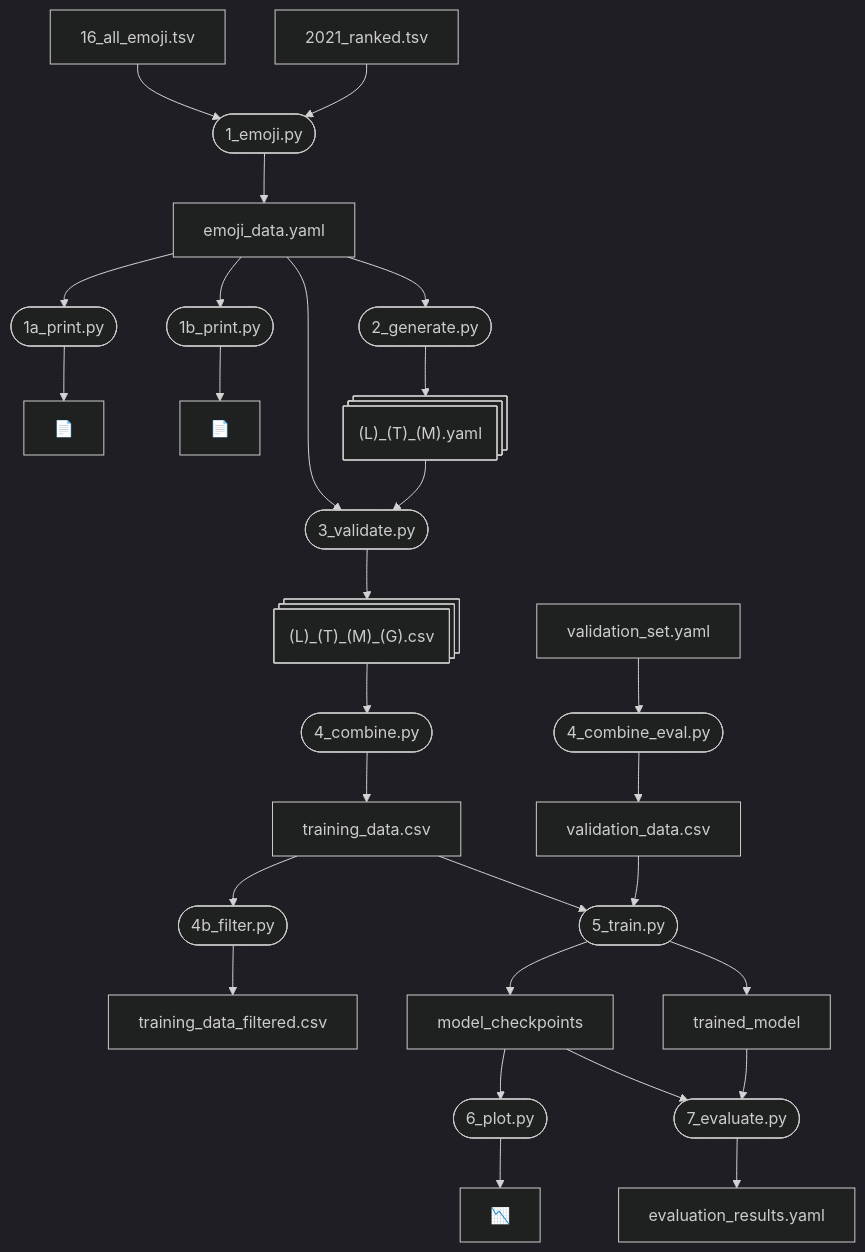
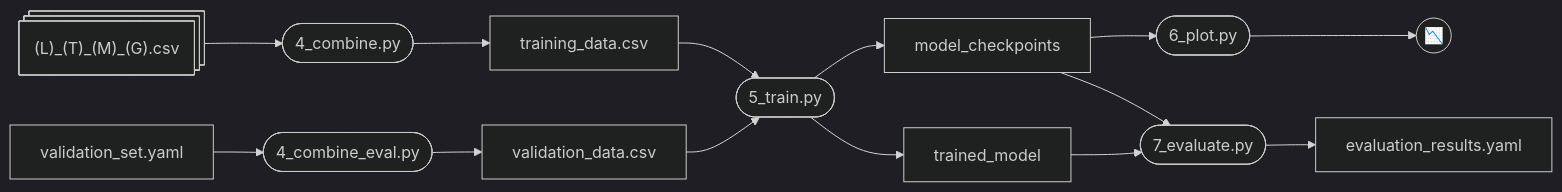
One commit to DevinBerchtold/EmojiSummary changed the second of 2 diagrams in README.md. Above: the diagram before and after it, drawn with Mermaid (dark theme). The commit also changed other lines of this file, not shown here.

````diff
--- a/README.md
+++ b/README.md
@@ -1,68 +97,40 @@
 ```mermaid
-graph TD
-    16_all_emoji_tsv[16_all_emoji.tsv]
-    2021_ranked_tsv[2021_ranked.tsv]
-    emoji_data_yaml[emoji_data.yaml]
-    terminal_1[📄]
-    terminal_2[📄]
-    generated_data_yaml@{shape: procs, label: "(L)\\_(T)\\_(M).yaml"}
+graph LR
     generated_data_graded_csv@{shape: procs, label: "(L)\\_(T)\\_(M)\\_(G).csv"}
     training_data_csv[training_data.csv]
     validation_set_yaml[validation_set.yaml]
     validation_data_csv[validation_data.csv]
-    training_data_filtered_csv[training_data_filtered.csv]
-    chart[📉]
+    %% training_data_filtered_csv[training_data_filtered.csv]
+    chart((📉))
     model_checkpoints[model_checkpoints]
     trained_model[trained_model]
     evaluation_results[evaluation_results.yaml]
-
-    s_1([1_emoji.py])
-    16_all_emoji_tsv --> s_1
-    2021_ranked_tsv --> s_1
-    s_1 --> emoji_data_yaml
-
-    s_1a([1a_print.py])
-    emoji_data_yaml --> s_1a
-    s_1a --> terminal_1
-
-    s_1b([1b_print.py])
-    emoji_data_yaml --> s_1b
-    s_1b --> terminal_2
-
-    s_2([2_generate.py])
-    emoji_data_yaml --> s_2
-    s_2 --> generated_data_yaml
-
-    s_3([3_validate.py])
-    emoji_data_yaml --> s_3
-    generated_data_yaml --> s_3
-    s_3 --> generated_data_graded_csv
 
     s_4([4_combine.py])
     generated_data_graded_csv --> s_4
     s_4 --> training_data_csv
 
     s_4e([4_combine_eval.py])
     validation_set_yaml --> s_4e
     s_4e --> validation_data_csv
 
-    s_4b([4b_filter.py])
-    training_data_csv --> s_4b
-    s_4b --> training_data_filtered_csv
+    %% s_4b([4b_filter.py])
+    %% training_data_csv --> s_4b
+    %% s_4b --> training_data_filtered_csv
 
     s_5([5_train.py])
     training_data_csv --> s_5
     validation_data_csv --> s_5
     %% training_data_filtered_csv --> s_5
     s_5 --> model_checkpoints
     s_5 --> trained_model
 
     s_6([6_plot.py])
     model_checkpoints --> s_6
     s_6 --> chart
 
     s_7([7_evaluate.py])
     model_checkpoints --> s_7
     trained_model --> s_7
     s_7 --> evaluation_results
 ```
````
